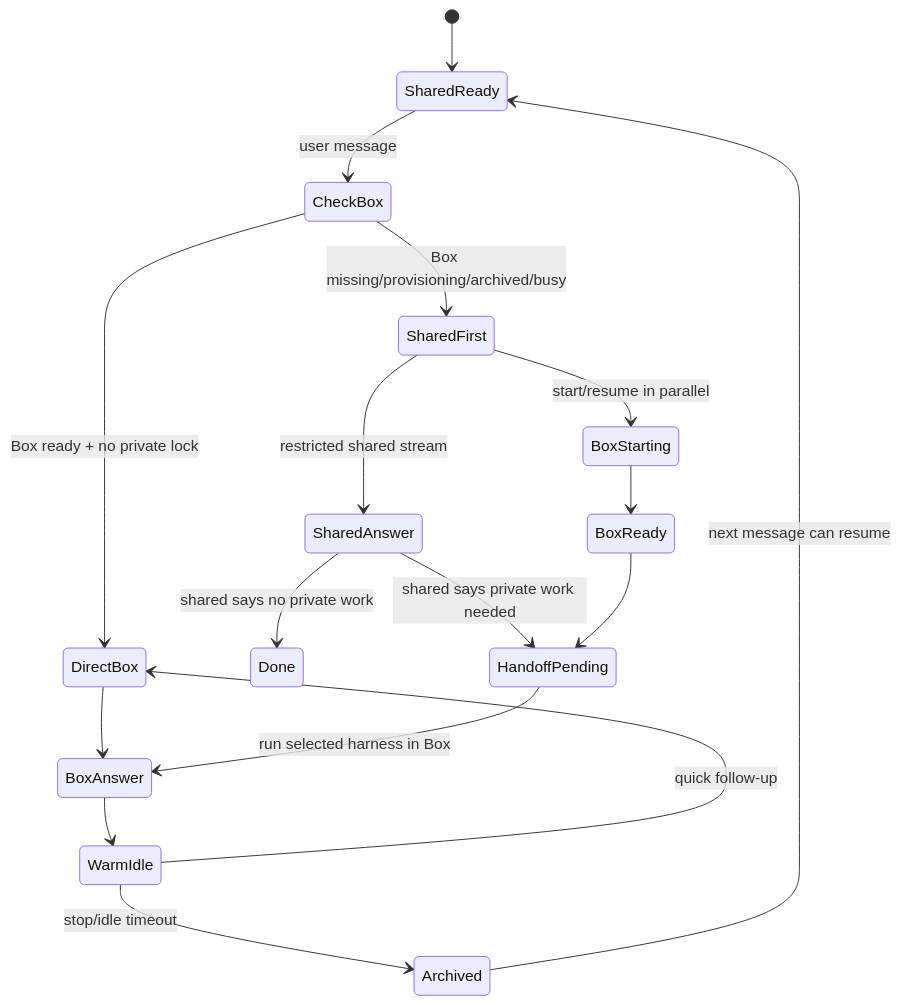
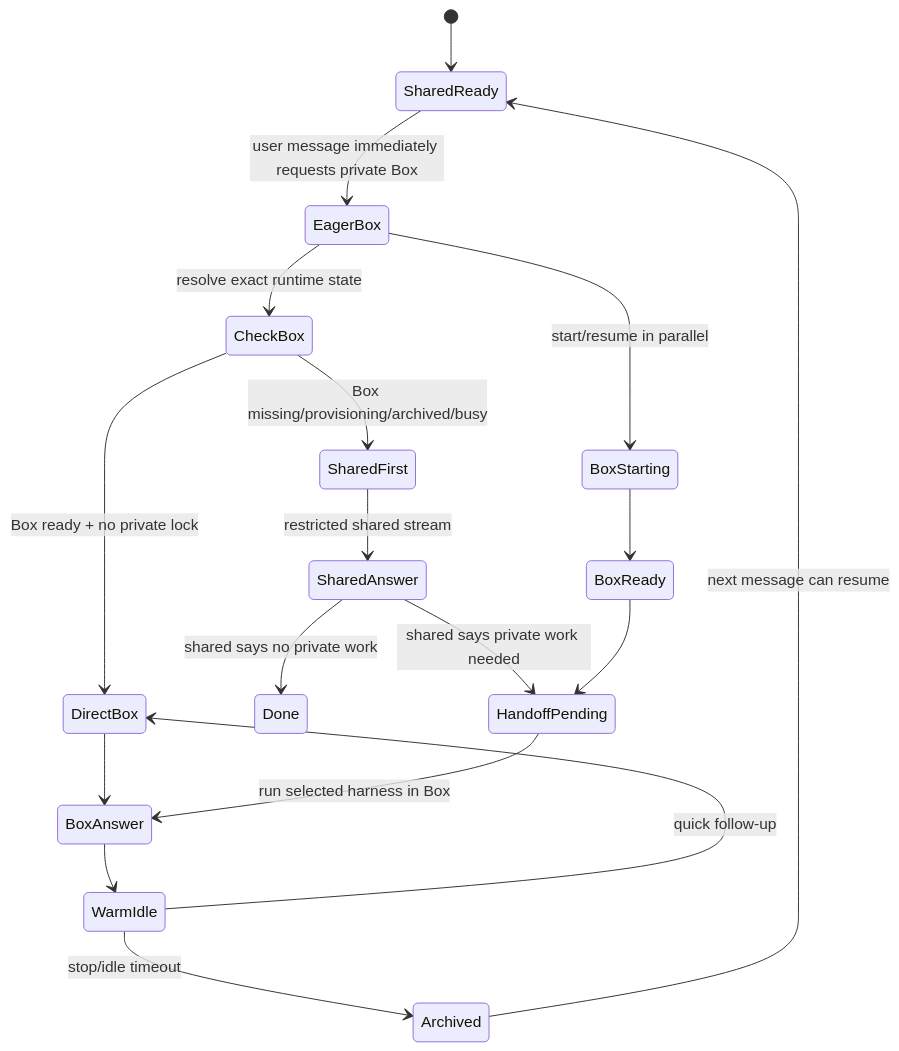
The diagram in README.md (ariana-dot-dev/optibox), drawn with Mermaid before and after one commit. The commit also changed other lines of this file and 3 other files, not shown here.

Commit message:
Fix eager box boot route state

````diff
--- a/README.md
+++ b/README.md
@@ -91,19 +92,20 @@
 ```mermaid
 stateDiagram-v2
   [*] --> SharedReady
-  SharedReady --> CheckBox: user message
+  SharedReady --> EagerBox: user message immediately requests private Box
+  EagerBox --> CheckBox: resolve exact runtime state
   CheckBox --> DirectBox: Box ready + no private lock
   CheckBox --> SharedFirst: Box missing/provisioning/archived/busy
   SharedFirst --> SharedAnswer: restricted shared stream
-  SharedFirst --> BoxStarting: start/resume in parallel
+  EagerBox --> BoxStarting: start/resume in parallel
   SharedAnswer --> Done: shared says no private work
   SharedAnswer --> HandoffPending: shared says private work needed
   BoxStarting --> BoxReady
   BoxReady --> HandoffPending
   DirectBox --> BoxAnswer
   HandoffPending --> BoxAnswer: run selected harness in Box
   BoxAnswer --> WarmIdle
   WarmIdle --> Archived: stop/idle timeout
   Archived --> SharedReady: next message can resume
   WarmIdle --> DirectBox: quick follow-up
 ```
````
